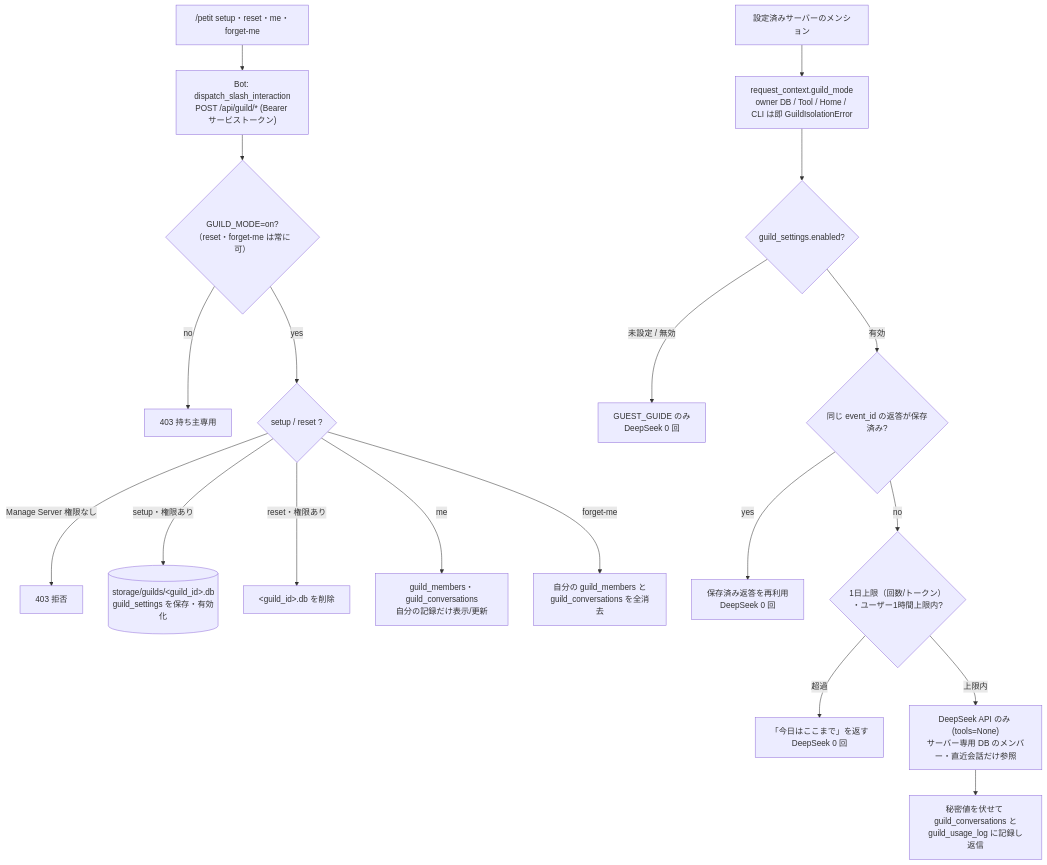
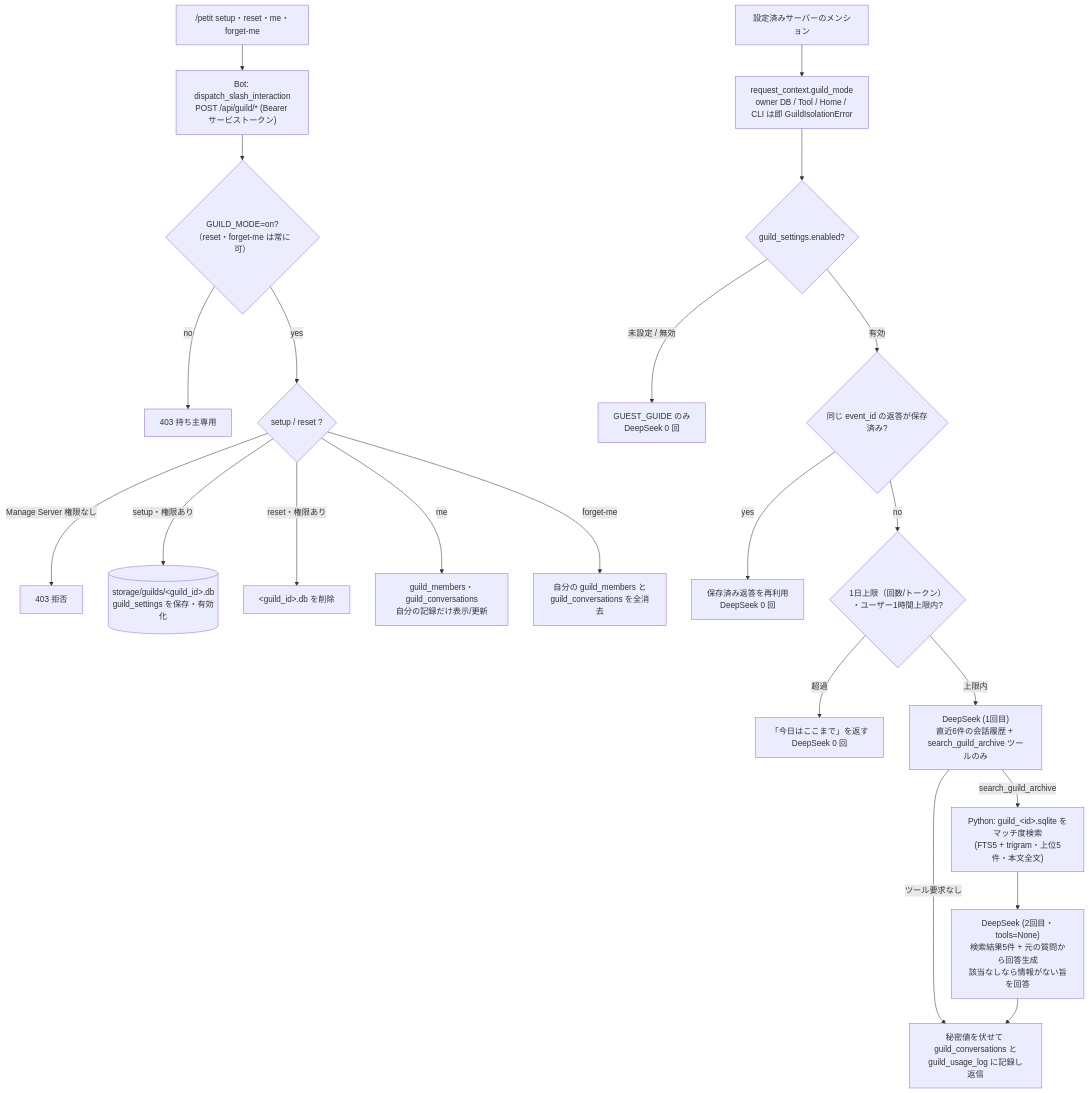
Diagram 12 of 48 in docs/runtime-flows.md (Soso2e/PETIT), drawn with Mermaid before and after one commit. The commit also changed other lines of this file and 12 other files, not shown here.

````diff
--- a/docs/runtime-flows.md
+++ b/docs/runtime-flows.md
@@ -306,22 +306,25 @@
 ```mermaid
 flowchart TD
     Slash["/petit setup・reset・me・forget-me"] --> RelaySlash["Bot: dispatch_slash_interaction<br/>POST /api/guild/* (Bearer サービストークン)"]
     RelaySlash --> GMode{"GUILD_MODE=on?<br/>（reset・forget-me は常に可）"}
     GMode -->|no| Private[403 持ち主専用]
     GMode -->|yes| Perm{setup / reset ?}
     Perm -->|Manage Server 権限なし| Deny403[403 拒否]
     Perm -->|setup・権限あり| InitDB[("storage/guilds/&lt;guild_id&gt;.db<br/>guild_settings を保存・有効化")]
     Perm -->|reset・権限あり| DropDB["&lt;guild_id&gt;.db を削除"]
     Perm -->|me| MeDB["guild_members・guild_conversations<br/>自分の記録だけ表示/更新"]
     Perm -->|forget-me| ForgetDB["自分の guild_members と<br/>guild_conversations を全消去"]
 
     Mention[設定済みサーバーのメンション] --> Guard["request_context.guild_mode<br/>owner DB / Tool / Home / CLI は即 GuildIsolationError"]
     Guard --> Config{guild_settings.enabled?}
     Config -->|未設定 / 無効| Zero[GUEST_GUIDE のみ<br/>DeepSeek 0 回]
     Config -->|有効| Idem{同じ event_id の返答が保存済み?}
     Idem -->|yes| Saved[保存済み返答を再利用<br/>DeepSeek 0 回]
     Idem -->|no| Budget{1日上限（回数/トークン）<br/>・ユーザー1時間上限内?}
     Budget -->|超過| Stop["「今日はここまで」を返す<br/>DeepSeek 0 回"]
-    Budget -->|上限内| DS["DeepSeek API のみ (tools=None)<br/>サーバー専用 DB のメンバー・直近会話だけ参照"]
-    DS --> Redact[秘密値を伏せて guild_conversations と<br/>guild_usage_log に記録し返信]
+    Budget -->|上限内| DS["DeepSeek (1回目)<br/>直近6件の会話履歴 + search_guild_archive ツールのみ"]
+    DS -->|ツール要求なし| Redact[秘密値を伏せて guild_conversations と<br/>guild_usage_log に記録し返信]
+    DS -->|search_guild_archive| PySearch["Python: guild_&lt;id&gt;.sqlite をマッチ度検索<br/>(FTS5 + trigram・上位5件・本文全文)"]
+    PySearch --> DS2["DeepSeek (2回目・tools=None)<br/>検索結果5件 + 元の質問から回答生成<br/>該当なしなら情報がない旨を回答"]
+    DS2 --> Redact
 ```
````
